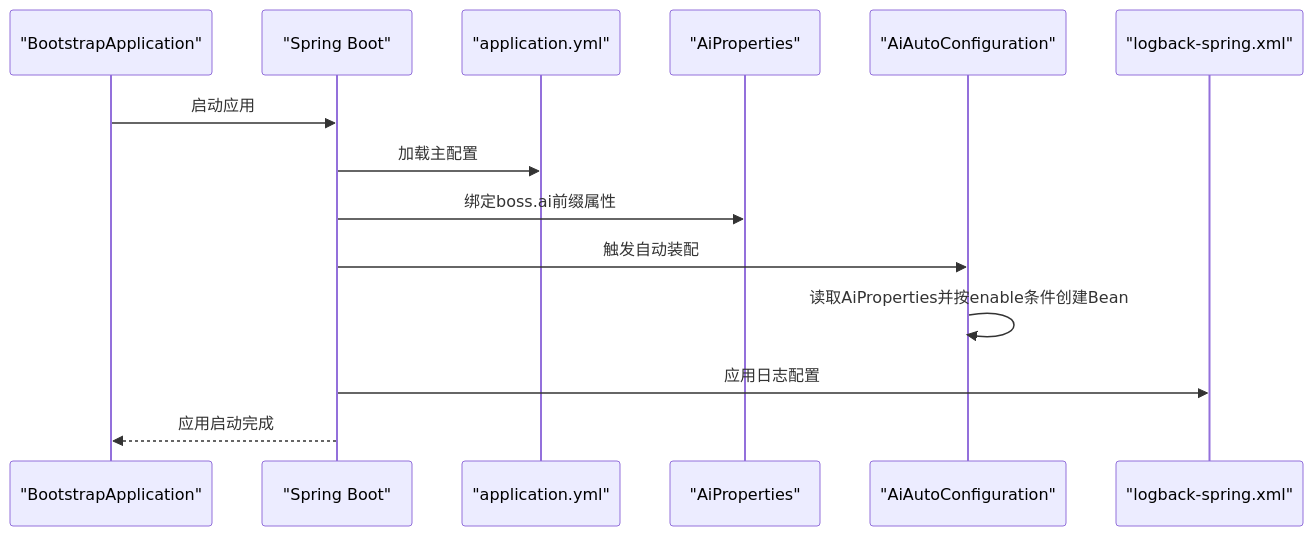
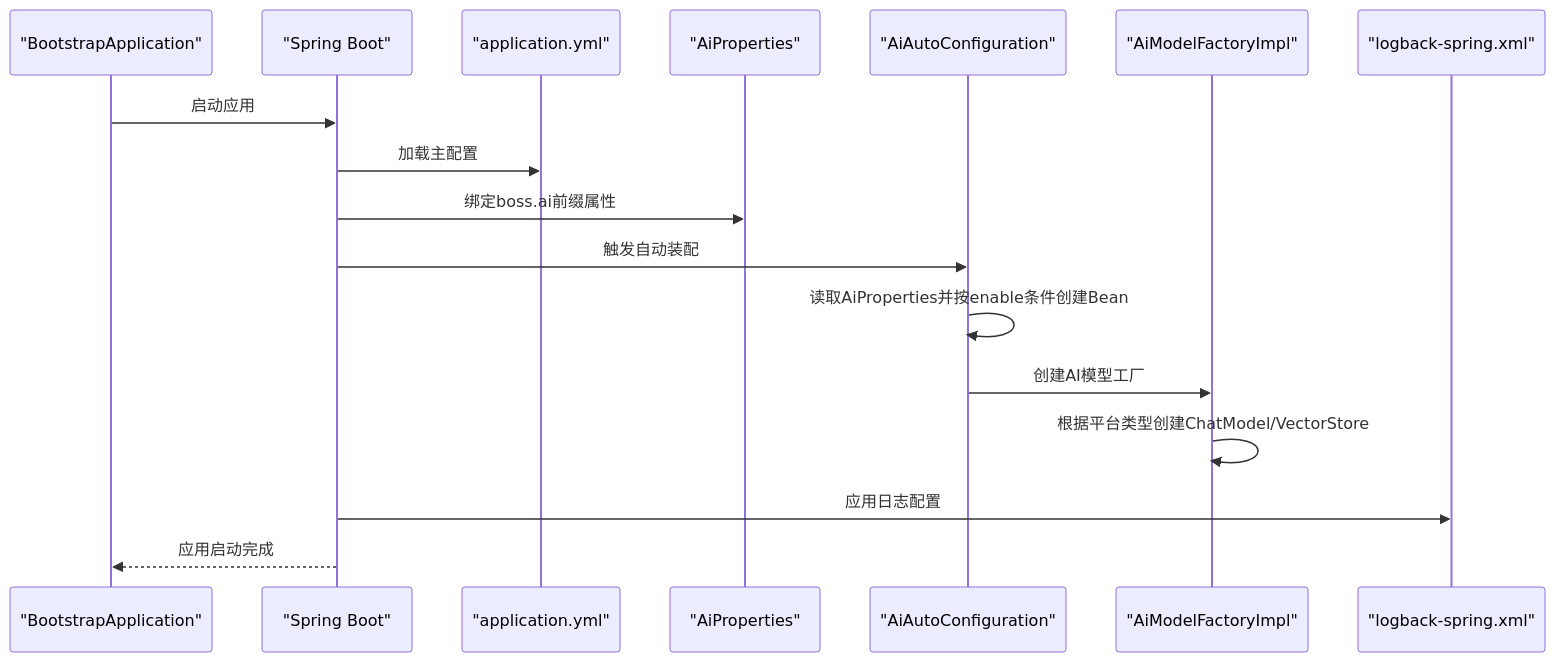
One commit to X555LB/data-ai changed the third of 5 diagrams in .qoder/repowiki/zh/content/配置指南.md. Above: the diagram before and after it, drawn with Mermaid. The commit also changed other lines of this file and 31 other files, not shown here.

````diff
--- a/.qoder/repowiki/zh/content/配置指南.md
+++ b/.qoder/repowiki/zh/content/配置指南.md
@@ -172,16 +205,19 @@
 ```mermaid
 sequenceDiagram
 participant Boot as "BootstrapApplication"
 participant Spring as "Spring Boot"
 participant Config as "application.yml"
 participant Props as "AiProperties"
 participant Auto as "AiAutoConfiguration"
+participant Factory as "AiModelFactoryImpl"
 participant Log as "logback-spring.xml"
 Boot->>Spring : 启动应用
 Spring->>Config : 加载主配置
 Spring->>Props : 绑定boss.ai前缀属性
 Spring->>Auto : 触发自动装配
 Auto->>Auto : 读取AiProperties并按enable条件创建Bean
+Auto->>Factory : 创建AI模型工厂
+Factory->>Factory : 根据平台类型创建ChatModel/VectorStore
 Spring->>Log : 应用日志配置
 Spring-->>Boot : 应用启动完成
 ```
````
